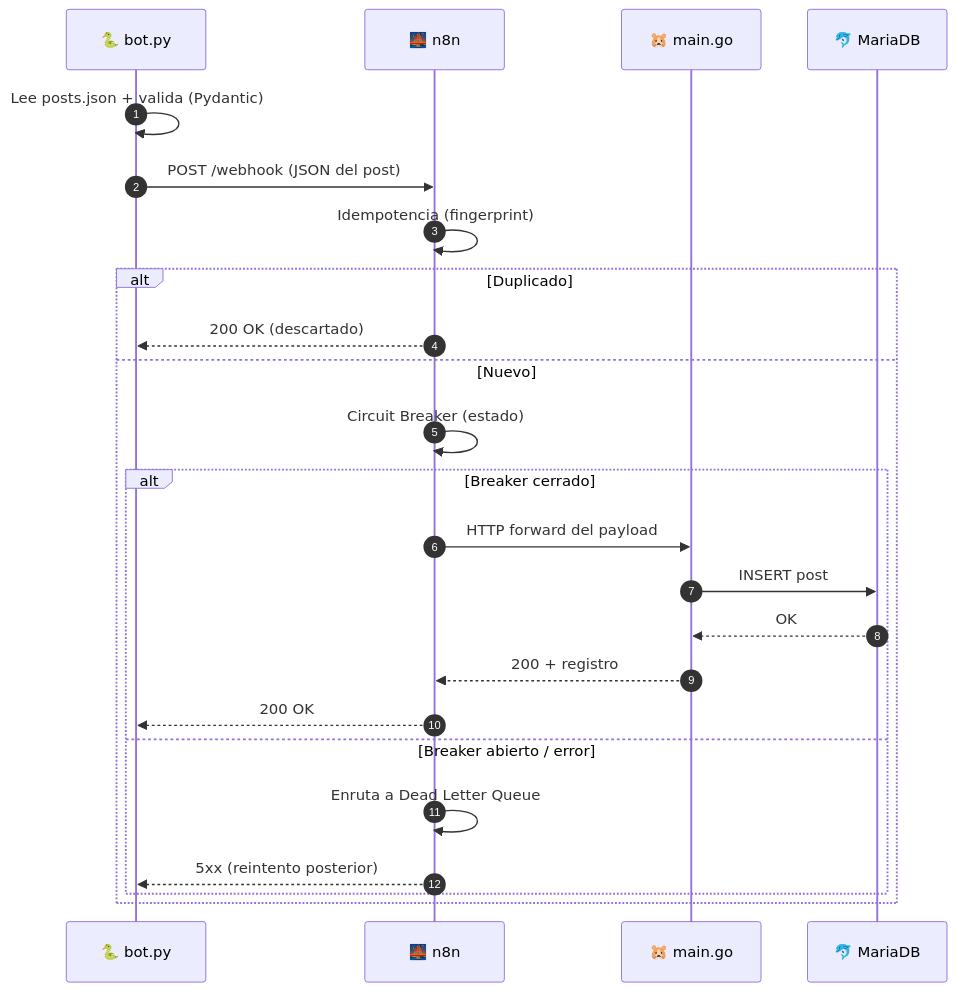
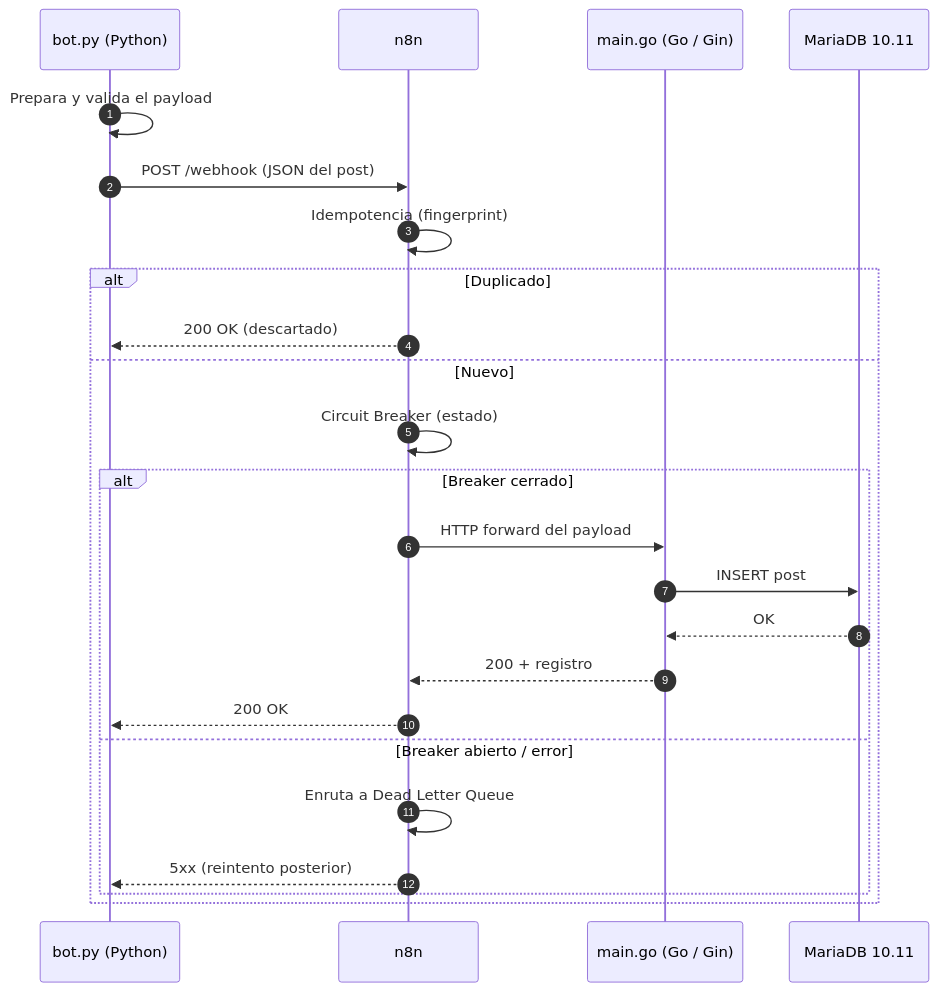
One commit to vladimiracunadev-create/social-bot-scheduler changed the second of 2 diagrams in cases/02-python-to-go/ARCHITECTURE.md. Above: the diagram before and after it, drawn with Mermaid. The commit also changed other lines of this file and 8 other files, not shown here.

First line of the commit message:
fix(diagrams): Mermaid compatible con GitHub (securityLevel strict)

````diff
--- a/cases/02-python-to-go/ARCHITECTURE.md
+++ b/cases/02-python-to-go/ARCHITECTURE.md
@@ -66,27 +66,27 @@
 ```mermaid
 sequenceDiagram
     autonumber
-    participant Bot as 🐍 bot.py
-    participant N8N as 🌉 n8n
-    participant Go as 🐹 main.go
-    participant DB as 🐬 MariaDB
+    participant Bot as bot.py (Python)
+    participant N8N as n8n
+    participant Dest as main.go (Go / Gin)
+    participant DB as MariaDB 10.11
 
-    Bot->>Bot: Lee posts.json + valida (Pydantic)
+    Bot->>Bot: Prepara y valida el payload
     Bot->>N8N: POST /webhook (JSON del post)
     N8N->>N8N: Idempotencia (fingerprint)
     alt Duplicado
         N8N-->>Bot: 200 OK (descartado)
     else Nuevo
         N8N->>N8N: Circuit Breaker (estado)
         alt Breaker cerrado
-            N8N->>Go: HTTP forward del payload
-            Go->>DB: INSERT post
-            DB-->>Go: OK
-            Go-->>N8N: 200 + registro
+            N8N->>Dest: HTTP forward del payload
+            Dest->>DB: INSERT post
+            DB-->>Dest: OK
+            Dest-->>N8N: 200 + registro
             N8N-->>Bot: 200 OK
         else Breaker abierto / error
             N8N->>N8N: Enruta a Dead Letter Queue
             N8N-->>Bot: 5xx (reintento posterior)
         end
     end
 ```
````
